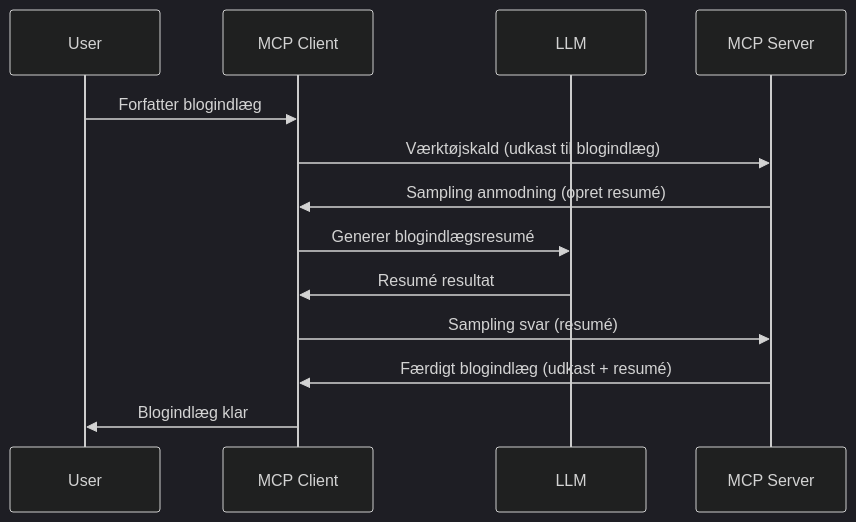
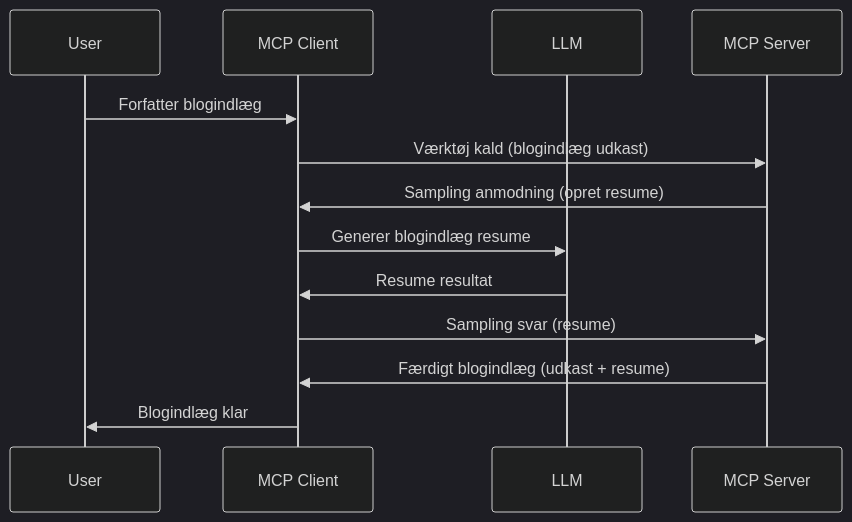
Before and after one commit to HIDORAKAI002/ai-workspace-archive: the diagram in mcp_ecosystem__model_context_protocol/mcp_learning_resources/mcp-for-beginners/translations/da/03-GettingStarted/14-sampling/README.md, drawn with Mermaid (dark theme). The commit also changed other lines of this file and 1160 other files, not shown here.

````diff
--- a/mcp_ecosystem__model_context_protocol/mcp_learning_resources/mcp-for-beginners/translations/da/03-GettingStarted/14-sampling/README.md
+++ b/mcp_ecosystem__model_context_protocol/mcp_learning_resources/mcp-for-beginners/translations/da/03-GettingStarted/14-sampling/README.md
@@ -23,16 +23,16 @@
 ```mermaid
 sequenceDiagram
     participant User
     participant MCP Client
     participant LLM
     participant MCP Server
 
     User->>MCP Client: Forfatter blogindlæg
-    MCP Client->>MCP Server: Værktøjskald (udkast til blogindlæg)
-    MCP Server->>MCP Client: Sampling anmodning (opret resumé)
-    MCP Client->>LLM: Generer blogindlægsresumé
-    LLM->>MCP Client: Resumé resultat
-    MCP Client->>MCP Server: Sampling svar (resumé)
-    MCP Server->>MCP Client: Færdigt blogindlæg (udkast + resumé)
+    MCP Client->>MCP Server: Værktøj kald (blogindlæg udkast)
+    MCP Server->>MCP Client: Sampling anmodning (opret resume)
+    MCP Client->>LLM: Generer blogindlæg resume
+    LLM->>MCP Client: Resume resultat
+    MCP Client->>MCP Server: Sampling svar (resume)
+    MCP Server->>MCP Client: Færdigt blogindlæg (udkast + resume)
     MCP Client->>User: Blogindlæg klar
 ```
````
